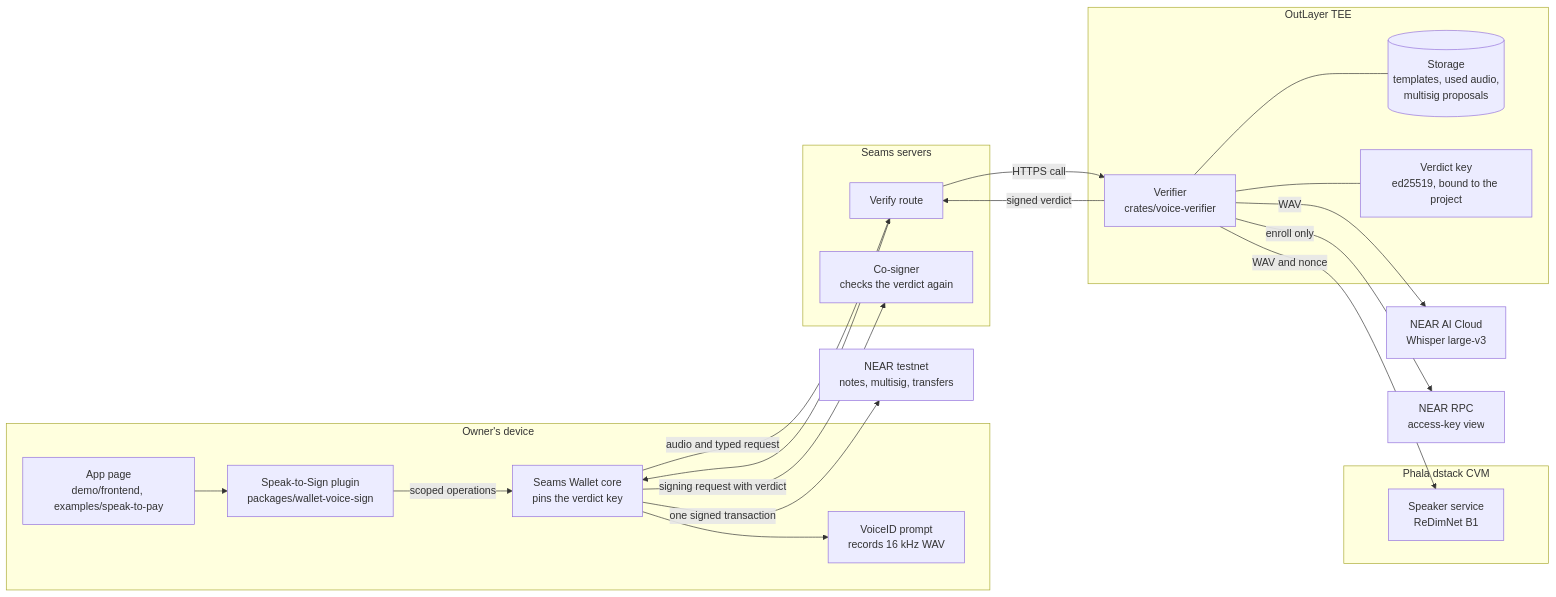
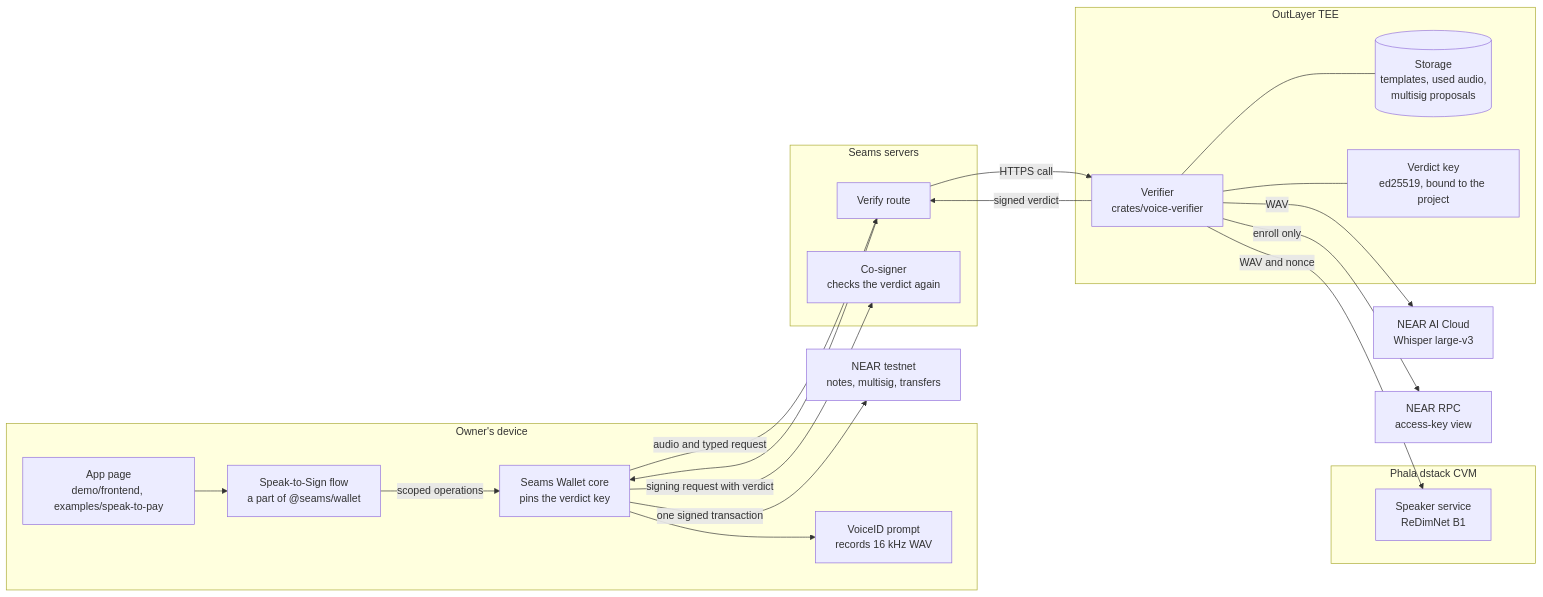
The first of 9 diagrams in docs/architecture.md (seams-tech/speak-to-sign), drawn with Mermaid before and after one commit. The commit also changed other lines of this file and 33 other files, not shown here.

First line of the commit message:
Remove the Wallet plugin package: its flow is a part of @seams/wallet

````diff
--- a/docs/architecture.md
+++ b/docs/architecture.md
@@ -12,43 +12,43 @@
 ```mermaid
 flowchart LR
   subgraph Device["Owner's device"]
     App["App page<br/>demo/frontend, examples/speak-to-pay"]
-    Plugin["Speak-to-Sign plugin<br/>packages/wallet-voice-sign"]
+    Plugin["Speak-to-Sign flow<br/>a part of @seams/wallet"]
     Core["Seams Wallet core<br/>pins the verdict key"]
     Mic["VoiceID prompt<br/>records 16 kHz WAV"]
   end
 
   subgraph Seams["Seams servers"]
     Route["Verify route"]
     Cosigner["Co-signer<br/>checks the verdict again"]
   end
 
   subgraph OutLayer["OutLayer TEE"]
     Verifier["Verifier<br/>crates/voice-verifier"]
     Store[("Storage<br/>templates, used audio,<br/>multisig proposals")]
     Key["Verdict key<br/>ed25519, bound to the project"]
   end
 
   subgraph Phala["Phala dstack CVM"]
     Speaker["Speaker service<br/>ReDimNet B1"]
   end
 
   Whisper["NEAR AI Cloud<br/>Whisper large-v3"]
   Rpc["NEAR RPC<br/>access-key view"]
   Chain["NEAR testnet<br/>notes, multisig, transfers"]
 
   App --> Plugin
   Plugin -->|scoped operations| Core
   Core --> Mic
   Core -->|audio and typed request| Route
   Route -->|HTTPS call| Verifier
   Verifier -->|WAV and nonce| Speaker
   Verifier -->|WAV| Whisper
   Verifier -->|enroll only| Rpc
   Verifier --- Store
   Verifier --- Key
   Verifier -->|signed verdict| Route
   Route --> Core
   Core -->|signing request with verdict| Cosigner
   Core -->|one signed transaction| Chain
 ```
````
